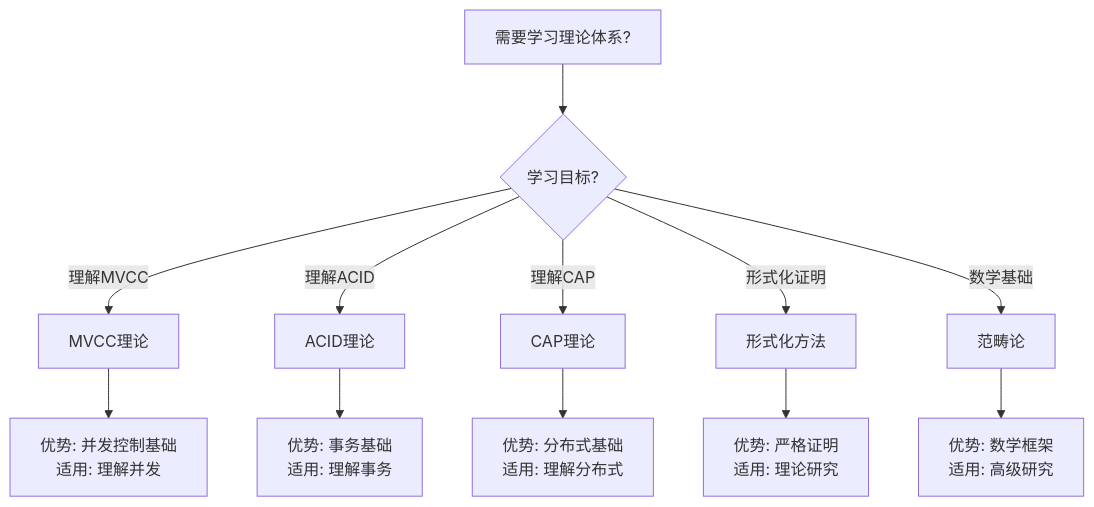
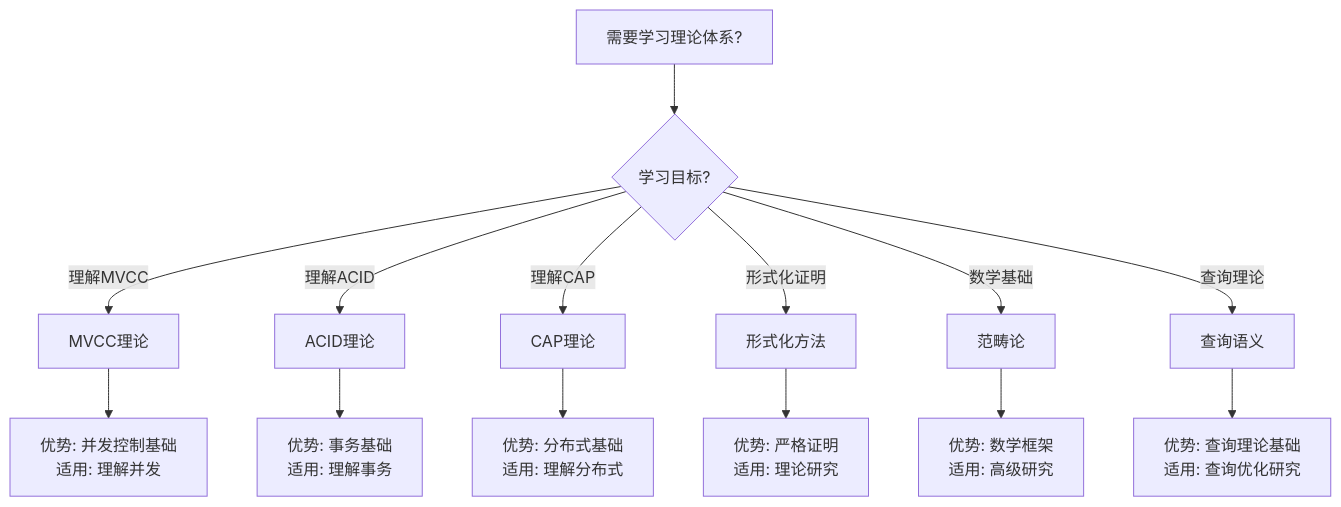
One commit to AdaMartin18010/PostgreSQL_modern changed the second of 2 diagrams in Integrate/25-理论体系/README.md. Above: the diagram before and after it, drawn with Mermaid. The commit also changed other lines of this file and 242 other files, not shown here.

````diff
--- a/Integrate/25-理论体系/README.md
+++ b/Integrate/25-理论体系/README.md
@@ -226,15 +315,17 @@
 ```mermaid
 flowchart TD
     A[需要学习理论体系?] --> B{学习目标?}
     B -->|理解MVCC| C[MVCC理论]
     B -->|理解ACID| D[ACID理论]
     B -->|理解CAP| E[CAP理论]
     B -->|形式化证明| F[形式化方法]
     B -->|数学基础| G[范畴论]
+    B -->|查询理论| H1[查询语义]
 
     C --> H[优势: 并发控制基础<br/>适用: 理解并发]
     D --> I[优势: 事务基础<br/>适用: 理解事务]
     E --> J[优势: 分布式基础<br/>适用: 理解分布式]
     F --> K[优势: 严格证明<br/>适用: 理论研究]
     G --> L[优势: 数学框架<br/>适用: 高级研究]
+    H1 --> M[优势: 查询理论基础<br/>适用: 查询优化研究]
 ```
````
